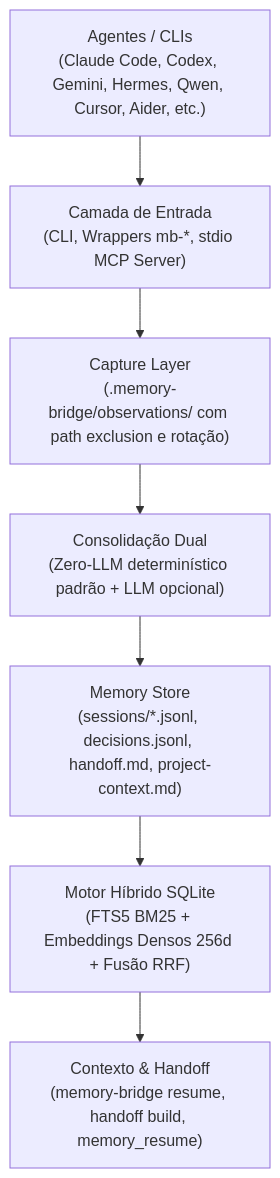
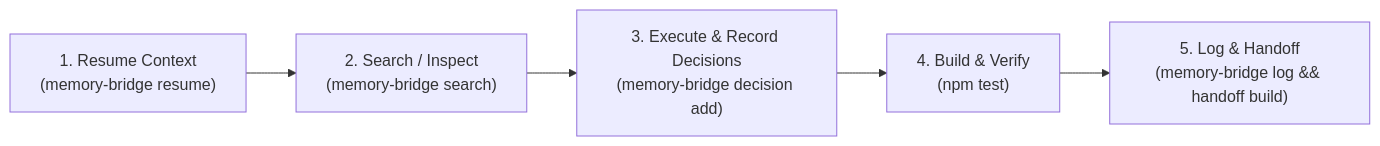
One commit to leninejunior/engrene-memory-bridge changed the diagram in README.md. Above: the diagram before and after it, drawn with Mermaid. The commit also changed other lines of this file and 1 other file, not shown here.

````diff
--- a/README.md
+++ b/README.md
@@ -55,9 +91,7 @@
 ```mermaid
-flowchart TD
-    A["Agentes / CLIs\n(Claude Code, Codex, Gemini, Hermes, Qwen, Cursor, Aider, etc.)"] --> B["Camada de Entrada\n(CLI, Wrappers mb-*, stdio MCP Server)"]
-    B --> C["Capture Layer\n(.memory-bridge/observations/ com path exclusion e rotação)"]
-    C --> D["Consolidação Dual\n(Zero-LLM determinístico padrão + LLM opcional)"]
-    D --> E["Memory Store\n(sessions/*.jsonl, decisions.jsonl, handoff.md, project-context.md)"]
-    E --> F["Motor Híbrido SQLite\n(FTS5 BM25 + Embeddings Densos 256d + Fusão RRF)"]
-    F --> G["Contexto & Handoff\n(memory-bridge resume, handoff build, memory_resume)"]
+flowchart LR
+    A["1. Resume Context\n(memory-bridge resume)"] --> B["2. Search / Inspect\n(memory-bridge search)"]
+    B --> C["3. Execute & Record Decisions\n(memory-bridge decision add)"]
+    C --> D["4. Build & Verify\n(npm test)"]
+    D --> E["5. Log & Handoff\n(memory-bridge log && handoff build)"]
 ```
````
